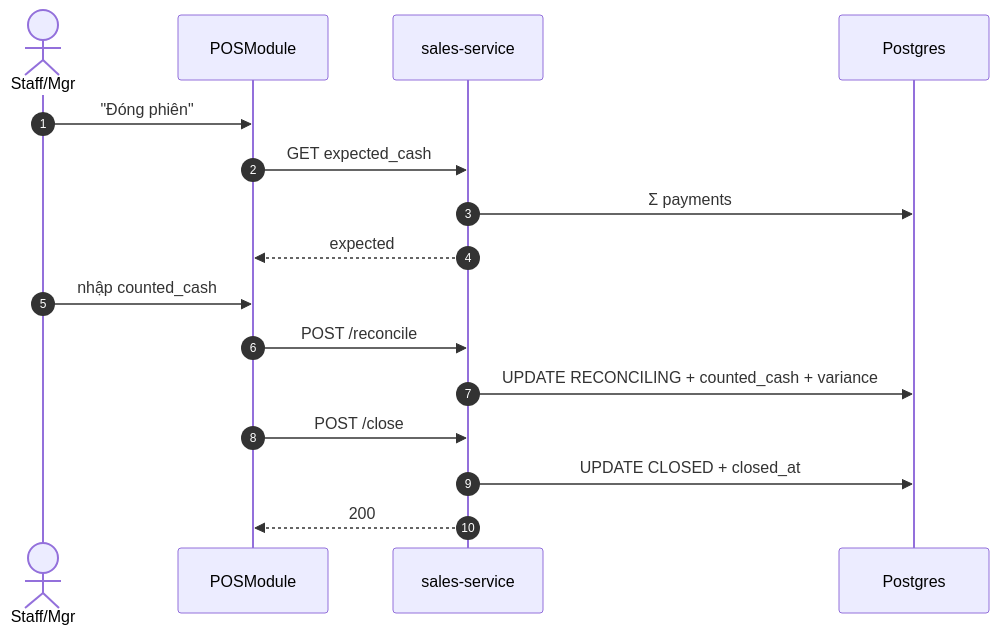
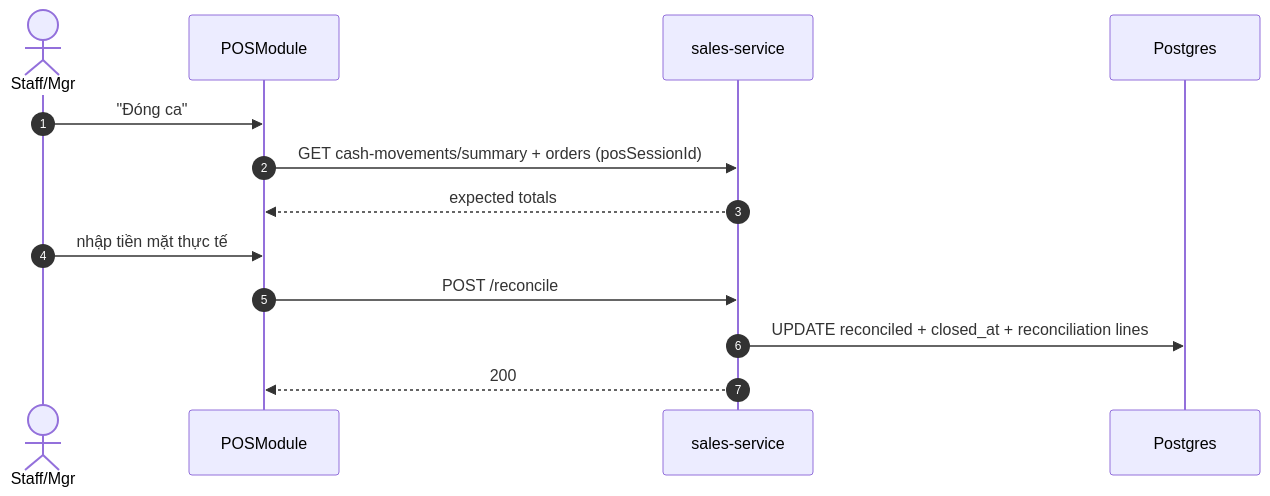
One commit to Hiennguyen-vn/FERN-main changed the diagram in fern_docs-2/ban-hang-pos/dong-phien-pos.md. Above: the diagram before and after it, drawn with Mermaid. The commit also changed other lines of this file and 49 other files, not shown here.

````diff
--- a/fern_docs-2/ban-hang-pos/dong-phien-pos.md
+++ b/fern_docs-2/ban-hang-pos/dong-phien-pos.md
@@ -70,18 +71,15 @@
 ```mermaid
 sequenceDiagram
   autonumber
   actor U as Staff/Mgr
   participant FE as POSModule
   participant S as sales-service
   participant DB as Postgres
-  U->>FE: "Đóng phiên"
-  FE->>S: GET expected_cash
-  S->>DB: Σ payments
-  S-->>FE: expected
-  U->>FE: nhập counted_cash
+  U->>FE: "Đóng ca"
+  FE->>S: GET cash-movements/summary + orders (posSessionId)
+  S-->>FE: expected totals
+  U->>FE: nhập tiền mặt thực tế
   FE->>S: POST /reconcile
-  S->>DB: UPDATE RECONCILING + counted_cash + variance
-  FE->>S: POST /close
-  S->>DB: UPDATE CLOSED + closed_at
+  S->>DB: UPDATE reconciled + closed_at + reconciliation lines
   S-->>FE: 200
 ```
````
